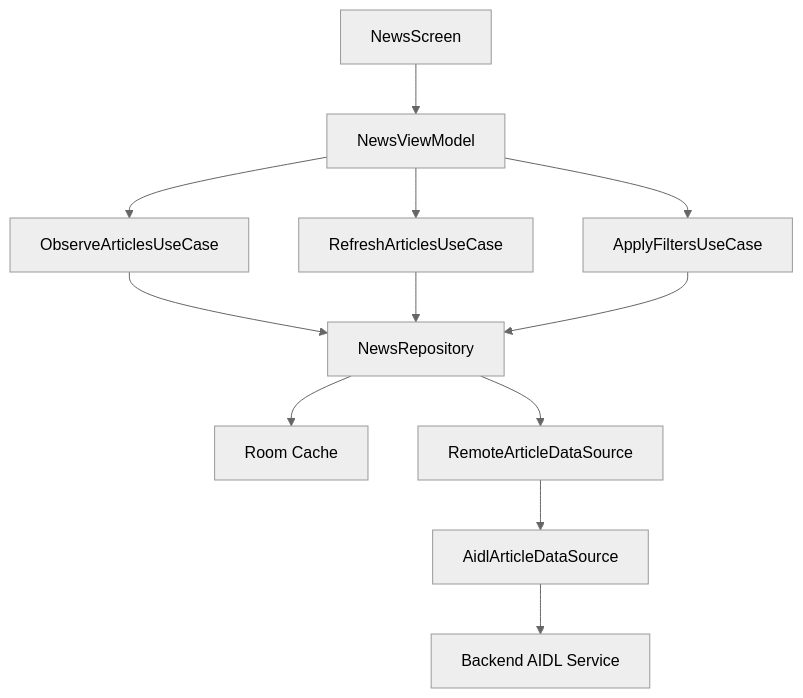
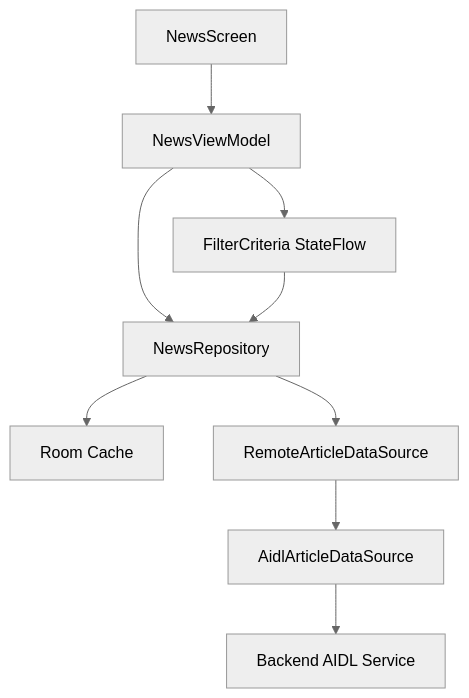
One commit to Yaniv-Benhaim/unity-news-app changed the sixth of 9 diagrams in docs/DESIGN.md. Above: the diagram before and after it, drawn with Mermaid (neutral theme). The commit also changed other lines of this file and 13 other files, not shown here.

Commit message:
chore: harden release builds and document architecture

````diff
--- a/docs/DESIGN.md
+++ b/docs/DESIGN.md
@@ -335,14 +336,11 @@
 ```mermaid
 flowchart TD
     Screen["NewsScreen"] --> VM["NewsViewModel"]
-    VM --> Observe["ObserveArticlesUseCase"]
-    VM --> Refresh["RefreshArticlesUseCase"]
-    VM --> Apply["ApplyFiltersUseCase"]
-    Observe --> Repo["NewsRepository"]
-    Refresh --> Repo
-    Apply --> Repo
+    VM --> Criteria["FilterCriteria StateFlow"]
+    VM --> Repo["NewsRepository"]
+    Criteria --> Repo
     Repo --> Room["Room Cache"]
     Repo --> Remote["RemoteArticleDataSource"]
     Remote --> AIDL["AidlArticleDataSource"]
     AIDL --> Backend["Backend AIDL Service"]
 ```
````
